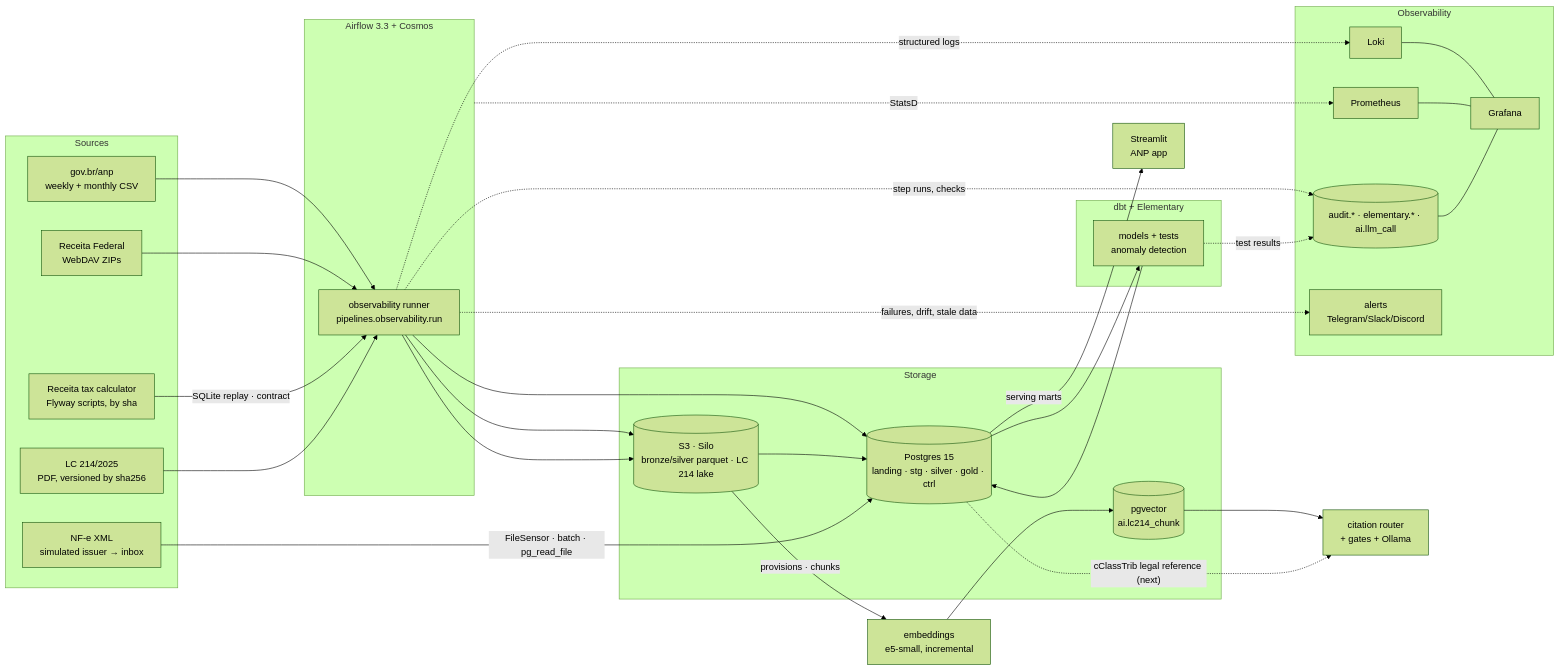
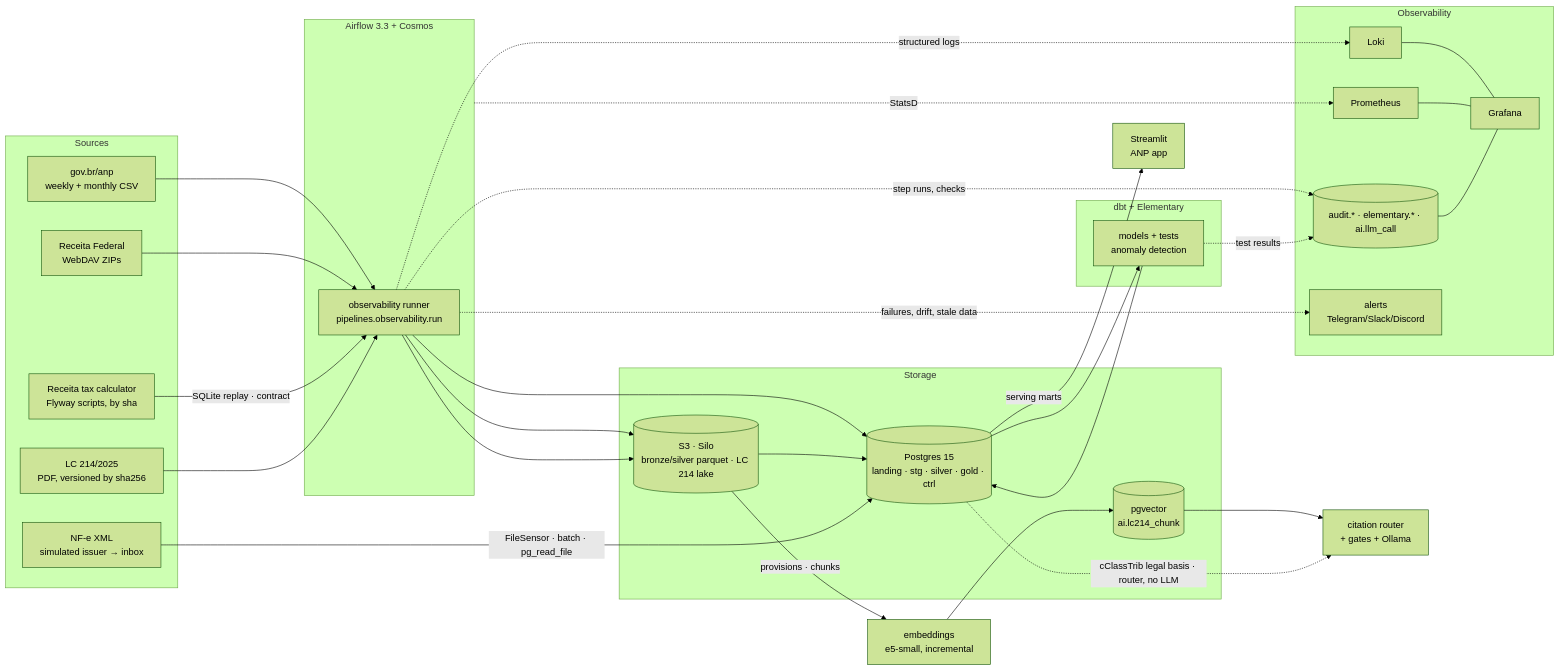
Before and after one commit to engrodrigoa/datalabs: the diagram in README.md, drawn with Mermaid (forest theme). The commit also changed other lines of this file and 16 other files, not shown here.

````diff
--- a/README.md
+++ b/README.md
@@ -192,46 +193,46 @@
 ```mermaid
 flowchart LR
   subgraph Sources
     ANP[gov.br/anp<br/>weekly + monthly CSV]
     RFB[Receita Federal<br/>WebDAV ZIPs]
     NFE[NF-e XML<br/>simulated issuer → inbox]
     LAW[LC 214/2025<br/>PDF, versioned by sha256]
     RTC[Receita tax calculator<br/>Flyway scripts, by sha]
   end
 
   subgraph Orchestration[Airflow 3.3 + Cosmos]
     RUN[observability runner<br/>pipelines.observability.run]
   end
 
   subgraph Storage
     MINIO[(S3 · Silo<br/>bronze/silver parquet · LC 214 lake)]
     PG[(Postgres 15<br/>landing · stg · silver · gold · ctrl)]
     VEC[(pgvector<br/>ai.lc214_chunk)]
   end
 
   subgraph Transform[dbt + Elementary]
     DBT[models + tests<br/>anomaly detection]
   end
 
   ANP --> RUN --> PG
   RFB --> RUN --> MINIO --> PG
   NFE -- FileSensor · batch · pg_read_file --> PG
   RTC -- SQLite replay · contract --> RUN
   PG --> DBT --> PG
   PG -- serving marts --> APP[Streamlit<br/>ANP app]
   LAW --> RUN --> MINIO -- provisions · chunks --> EMB[embeddings<br/>e5-small, incremental] --> VEC --> RAG[citation router<br/>+ gates + Ollama]
-  PG -.->|"cClassTrib legal reference (next)"| RAG
+  PG -.->|"cClassTrib legal basis · router, no LLM"| RAG
 
   subgraph Observability
     LOKI[Loki] --- GRAF[Grafana]
     PROM[Prometheus] --- GRAF
     AUD[(audit.* · elementary.* · ai.llm_call)] --- GRAF
     ALERT[alerts<br/>Telegram/Slack/Discord]
   end
 
   RUN -. structured logs .-> LOKI
   Orchestration -. StatsD .-> PROM
   RUN -. step runs, checks .-> AUD
   DBT -. test results .-> AUD
   RUN -. failures, drift, stale data .-> ALERT
 ```
````
